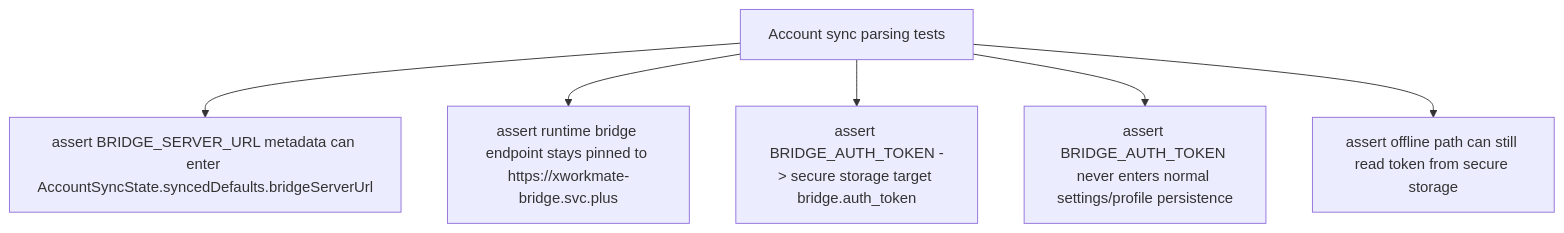
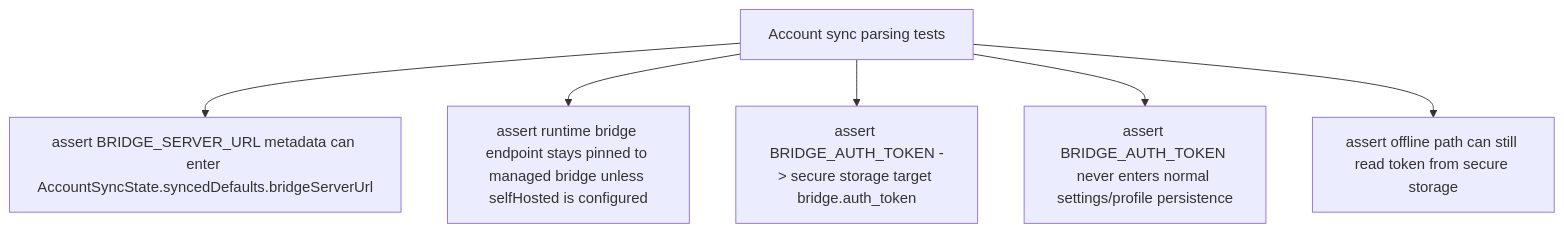
The fourth of 4 diagrams in docs/testing/bridge-sync-contract-chain.md (ai-workspace-lab/xworkmate-app), drawn with Mermaid before and after one commit. The commit also changed other lines of this file and 7 other files, not shown here.

````diff
--- a/docs/testing/bridge-sync-contract-chain.md
+++ b/docs/testing/bridge-sync-contract-chain.md
@@ -70,8 +68,8 @@
 ```mermaid
 flowchart TD
     T["Account sync parsing tests"] --> T1["assert BRIDGE_SERVER_URL metadata can enter AccountSyncState.syncedDefaults.bridgeServerUrl"]
-    T --> T2["assert runtime bridge endpoint stays pinned to https://xworkmate-bridge.svc.plus"]
+    T --> T2["assert runtime bridge endpoint stays pinned to managed bridge unless selfHosted is configured"]
     T --> T3["assert BRIDGE_AUTH_TOKEN -> secure storage target bridge.auth_token"]
     T --> T4["assert BRIDGE_AUTH_TOKEN never enters normal settings/profile persistence"]
     T --> T5["assert offline path can still read token from secure storage"]
 ```
````
